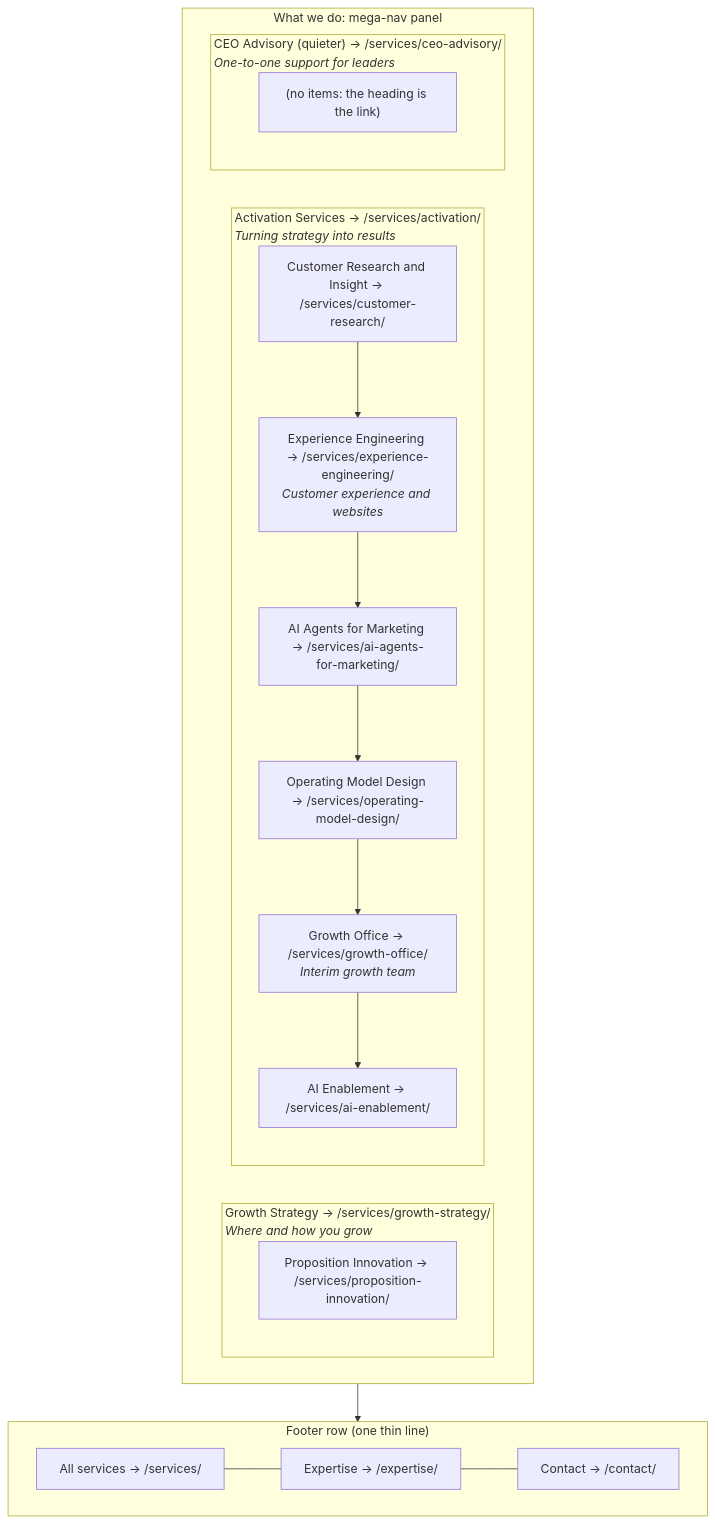
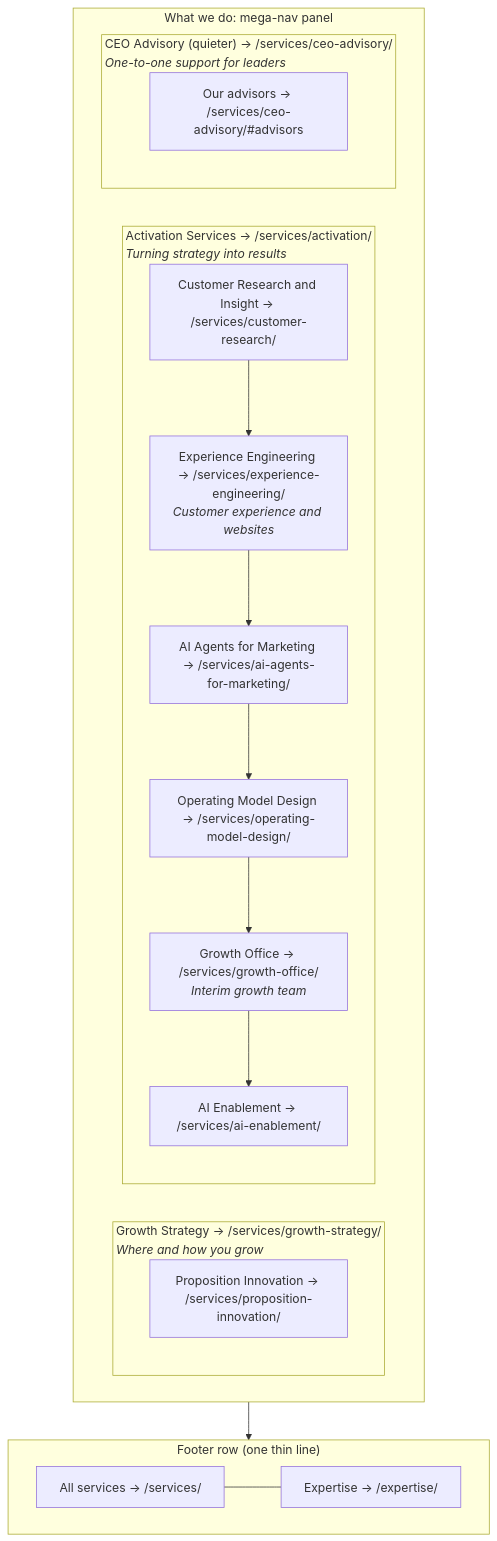
The second of 6 diagrams in docs/diagrams/mega-nav.md (gsdd/temp-manifesto-ia), drawn with Mermaid before and after one commit. The commit also changed other lines of this file and 13 other files, not shown here.

Commit message:
v5 IA docs: Source G, one quiet advisors link and two-link footer row in the mega-nav, Services hub as the Growth Architecture story with problem entry, service template with proof under the offer, anchored frameworks, decisions D-46 to D-53, competitor label evidence, README

````diff
--- a/docs/diagrams/mega-nav.md
+++ b/docs/diagrams/mega-nav.md
@@ -22,37 +22,36 @@
 ```mermaid
 flowchart TB
     subgraph Panel["What we do: mega-nav panel"]
         direction LR
 
         subgraph C1["Growth Strategy → /services/growth-strategy/<br/><i>Where and how you grow</i>"]
             direction TB
             C1a["Proposition Innovation → /services/proposition-innovation/"]
         end
 
         subgraph C2["Activation Services → /services/activation/<br/><i>Turning strategy into results</i>"]
             direction TB
             C2a["Customer Research and Insight → /services/customer-research/"]
             C2b["Experience Engineering → /services/experience-engineering/<br/><i>Customer experience and websites</i>"]
             C2c["AI Agents for Marketing → /services/ai-agents-for-marketing/"]
             C2d["Operating Model Design → /services/operating-model-design/"]
             C2e["Growth Office → /services/growth-office/<br/><i>Interim growth team</i>"]
             C2f["AI Enablement → /services/ai-enablement/"]
             C2a --> C2b --> C2c --> C2d --> C2e --> C2f
         end
 
         subgraph C3["CEO Advisory (quieter) → /services/ceo-advisory/<br/><i>One-to-one support for leaders</i>"]
             direction TB
-            C3a["(no items: the heading is the link)"]
+            C3a["Our advisors → /services/ceo-advisory/#advisors"]
         end
     end
 
     subgraph Row["Footer row (one thin line)"]
         direction LR
         R1["All services → /services/"]
         R2["Expertise → /expertise/"]
-        R3["Contact → /contact/"]
-        R1 --- R2 --- R3
+        R1 --- R2
     end
 
     Panel --> Row
 ```
````
